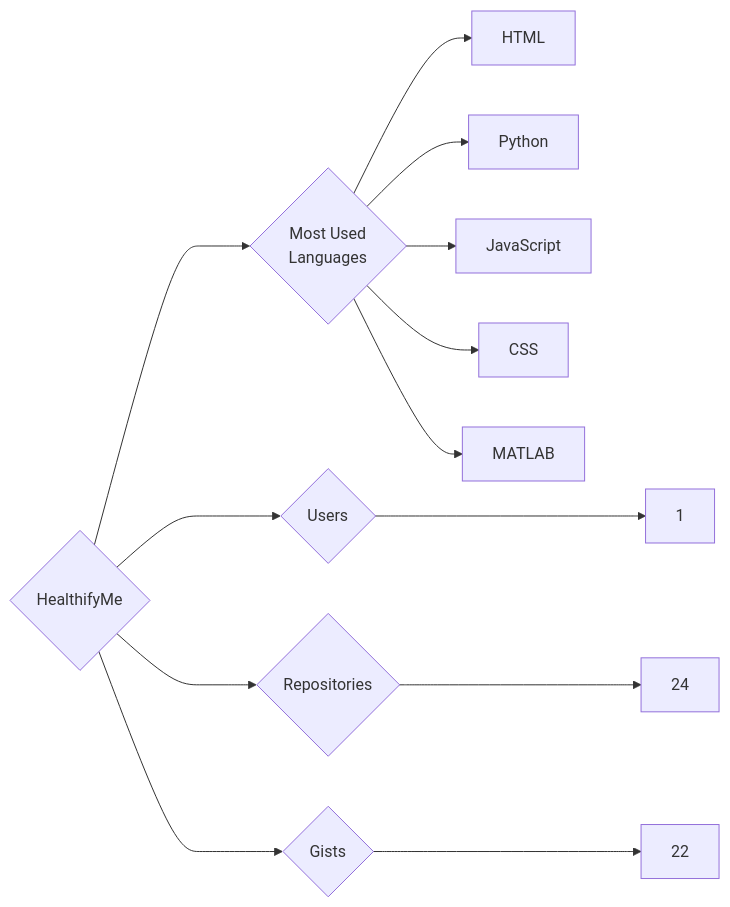
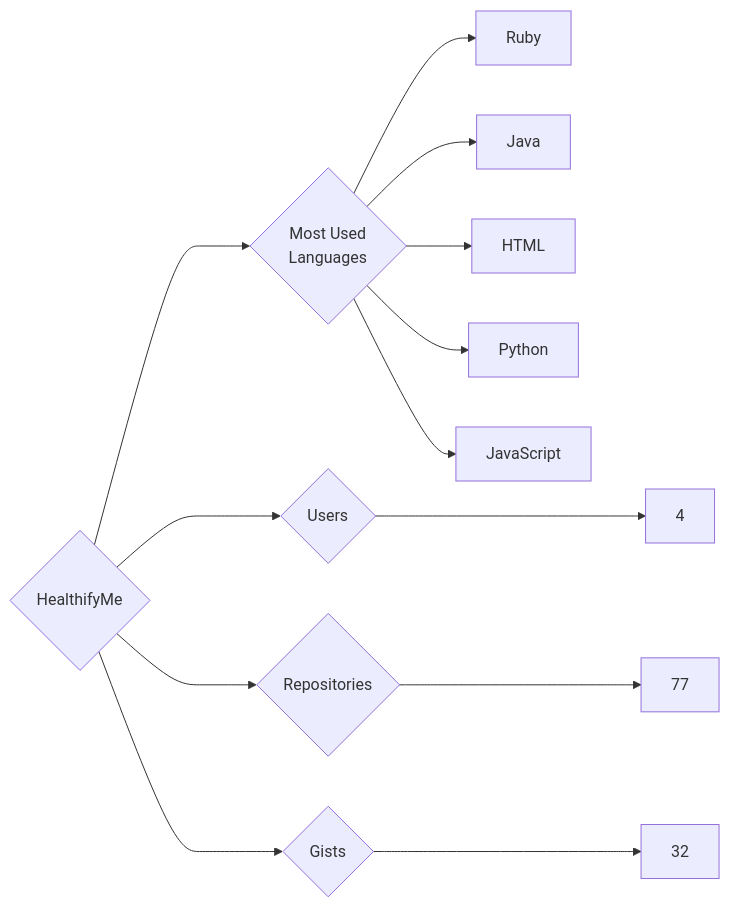
The diagram in targets/HealthifyMe/README.md (trickest/insiders), drawn with Mermaid before and after one commit. The commit also changed 938 other files, not shown here.

````diff
--- a/targets/HealthifyMe/README.md
+++ b/targets/HealthifyMe/README.md
@@ -3,13 +3,13 @@
 ```mermaid
 graph LR
 COMPANY_NAME{HealthifyMe}
-COMPANY_NAME ---> U{Users} ---> UN[1]
-COMPANY_NAME ---> R{Repositories} ---> RN[24]
-COMPANY_NAME ---> G{Gists} ---> GN[22]
+COMPANY_NAME ---> U{Users} ---> UN[4]
+COMPANY_NAME ---> R{Repositories} ---> RN[77]
+COMPANY_NAME ---> G{Gists} ---> GN[32]
 COMPANY_NAME ---> ML{Most Used<br>Languages}
+ML --> Ruby[Ruby]
+ML --> Java[Java]
 ML --> HTML[HTML]
 ML --> Python[Python]
 ML --> JavaScript[JavaScript]
-ML --> CSS[CSS]
-ML --> MATLAB[MATLAB]
 ```
````
